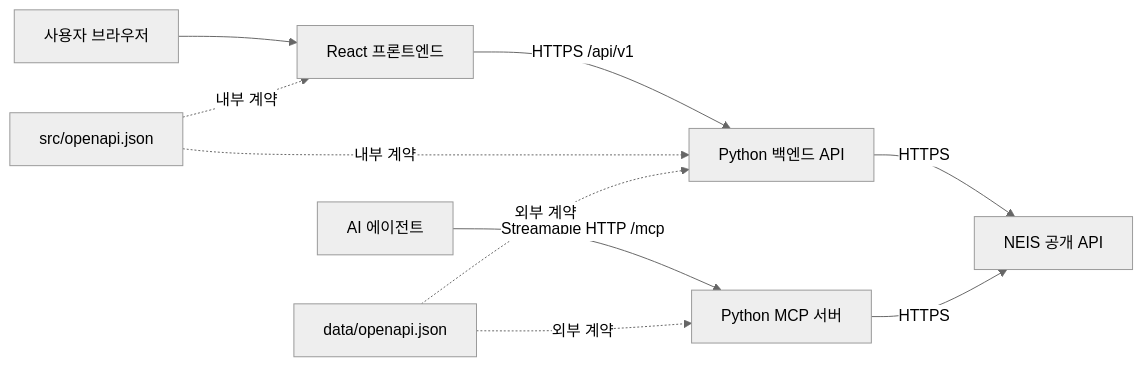
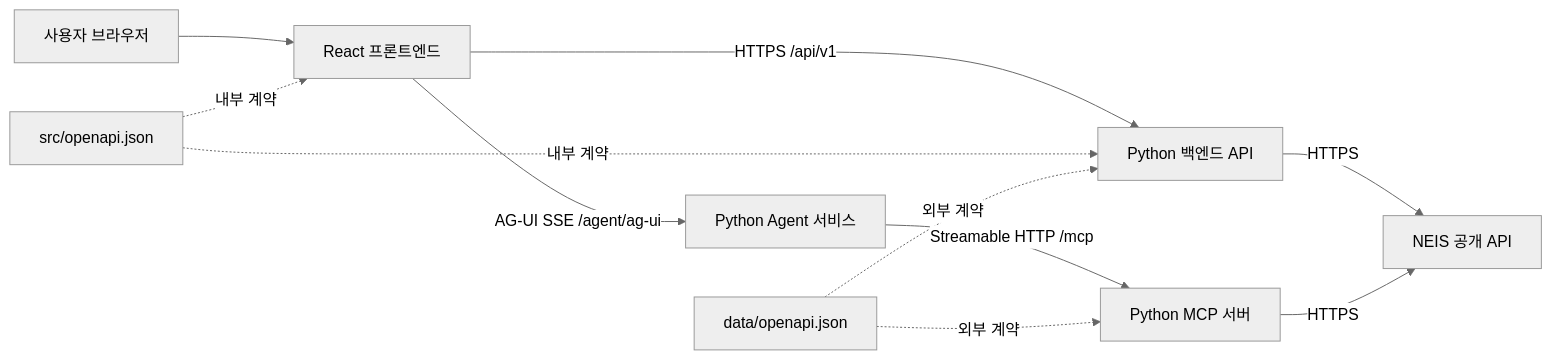
Before and after one commit to duc-ke/bsl-pyconkr: the diagram in TRD.md, drawn with Mermaid (neutral theme). The commit also changed other lines of this file and 35 other files, not shown here.

````diff
--- a/TRD.md
+++ b/TRD.md
@@ -62,21 +64,22 @@
 ```mermaid
 flowchart LR
     U[사용자 브라우저]
     F[React 프론트엔드]
     B[Python 백엔드 API]
     M[Python MCP 서버]
-    A[AI 에이전트]
+    A[Python Agent 서비스]
     N[NEIS 공개 API]
     C[src/openapi.json]
     E[data/openapi.json]
 
     U --> F
     F -->|HTTPS /api/v1| B
+    F -->|AG-UI SSE /agent/ag-ui| A
     A -->|Streamable HTTP /mcp| M
     B -->|HTTPS| N
     M -->|HTTPS| N
     C -. 내부 계약 .-> F
     C -. 내부 계약 .-> B
     E -. 외부 계약 .-> B
     E -. 외부 계약 .-> M
 ```
````
